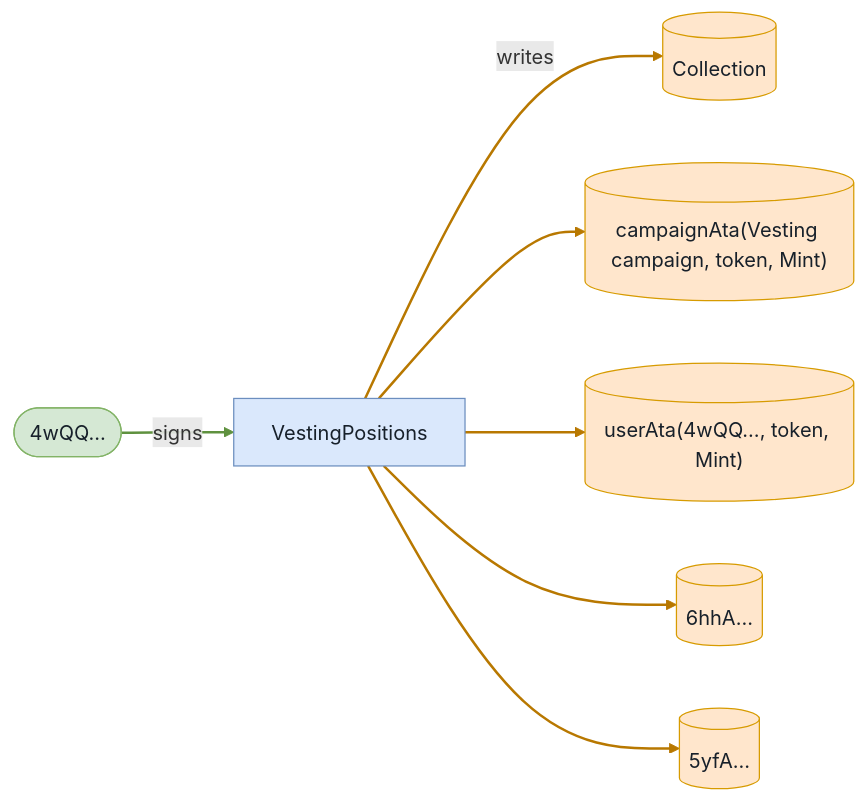
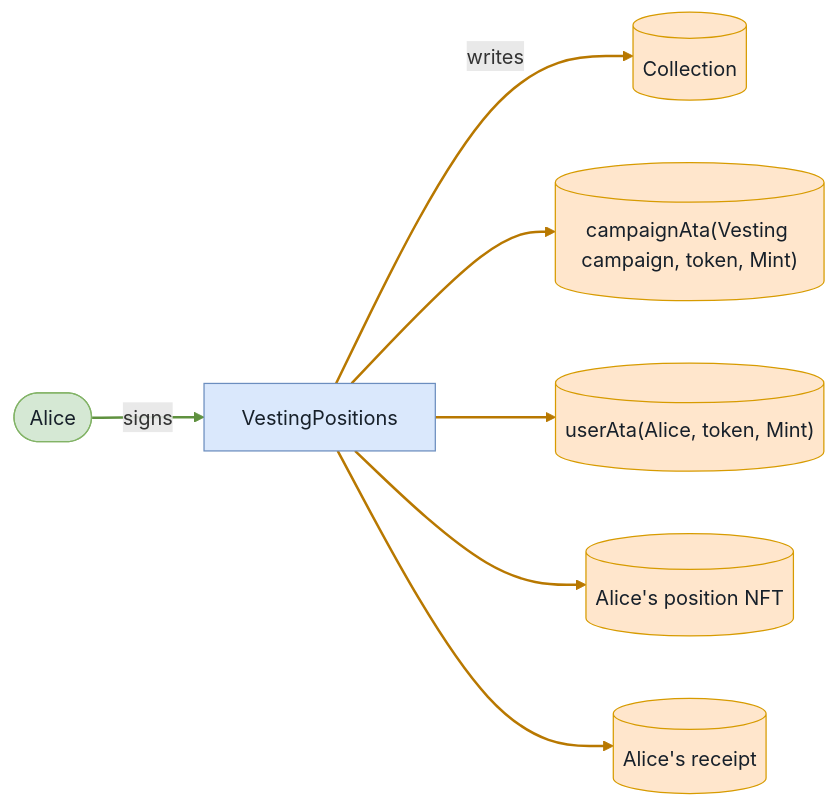
One commit to cds-turbin3/vesting-position changed the eighth of 9 diagrams in babelfish-tests/test-report/scenario_1_alice_first_and_subsequent_claim.md. Above: the diagram before and after it, drawn with Mermaid. The commit also changed other lines of this file and 104 other files, not shown here.

````diff
--- a/babelfish-tests/test-report/scenario_1_alice_first_and_subsequent_claim.md
+++ b/babelfish-tests/test-report/scenario_1_alice_first_and_subsequent_claim.md
@@ -387,21 +387,21 @@
 ```mermaid
 flowchart LR
     VestingPositions["VestingPositions"]:::program
-    n4wQQ(["4wQQ…"]):::signer
+    Alice(["Alice"]):::signer
     Collection[("Collection")]:::state
     campaignAtaVestingcampaigntokenMint[("campaignAta(Vesting campaign, token, Mint)")]:::state
-    userAta4wQQtokenMint[("userAta(4wQQ…, token, Mint)")]:::state
-    n6hhA[("6hhA…")]:::state
-    n5yfA[("5yfA…")]:::state
-    n4wQQ -->|signs| VestingPositions
+    userAtaAlicetokenMint[("userAta(Alice, token, Mint)")]:::state
+    AlicespositionNFT[("Alice's position NFT")]:::state
+    Alicesreceipt[("Alice's receipt")]:::state
+    Alice -->|signs| VestingPositions
     VestingPositions -->|writes| Collection
     VestingPositions --> campaignAtaVestingcampaigntokenMint
-    VestingPositions --> userAta4wQQtokenMint
-    VestingPositions --> n6hhA
-    VestingPositions --> n5yfA
+    VestingPositions --> userAtaAlicetokenMint
+    VestingPositions --> AlicespositionNFT
+    VestingPositions --> Alicesreceipt
     classDef program fill:#dae8fc,stroke:#6c8ebf,color:#17202a;
     classDef signer fill:#d5e8d4,stroke:#82b366,color:#17202a;
     classDef state fill:#ffe6cc,stroke:#d79b00,color:#17202a;
     linkStyle 0 stroke:#5f913f,stroke-width:2px
     linkStyle 1,2,3,4,5 stroke:#b87800,stroke-width:2px
 ```
````
